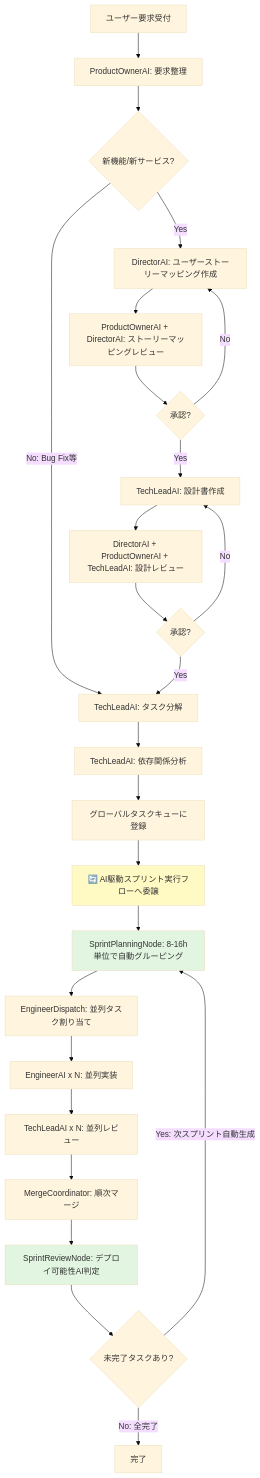
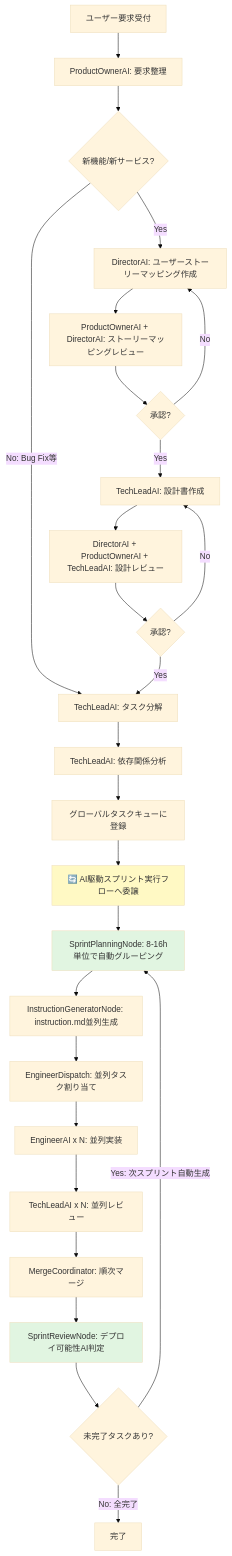
One commit to titabash/kugutsu changed the first of 2 diagrams in spec/SCRUM_WORKFLOW_SPECIFICATION.md. Above: the diagram before and after it, drawn with Mermaid (base theme). The commit also changed other lines of this file and 43 other files, not shown here.

````diff
--- a/spec/SCRUM_WORKFLOW_SPECIFICATION.md
+++ b/spec/SCRUM_WORKFLOW_SPECIFICATION.md
@@ -68,38 +68,39 @@
 ```mermaid
 graph TD
     Start[ユーザー要求受付] --> PO_Analyze[ProductOwnerAI: 要求整理]
 
     PO_Analyze --> Decision1{新機能/新サービス?}
     Decision1 -->|Yes| Dir_StoryMap[DirectorAI: ユーザーストーリーマッピング作成]
     Decision1 -->|No: Bug Fix等| TL_TaskBreakdown[TechLeadAI: タスク分解]
 
     Dir_StoryMap --> Review_StoryMap[ProductOwnerAI + DirectorAI: ストーリーマッピングレビュー]
     Review_StoryMap --> Decision2{承認?}
     Decision2 -->|No| Dir_StoryMap
     Decision2 -->|Yes| TL_Design[TechLeadAI: 設計書作成]
 
     TL_Design --> Review_Design[DirectorAI + ProductOwnerAI + TechLeadAI: 設計レビュー]
     Review_Design --> Decision3{承認?}
     Decision3 -->|No| TL_Design
     Decision3 -->|Yes| TL_TaskBreakdown
 
     TL_TaskBreakdown --> TL_Dependency[TechLeadAI: 依存関係分析]
     TL_Dependency --> GlobalQueue[グローバルタスクキューに登録]
 
     GlobalQueue --> SprintDriven[🔄 AI駆動スプリント実行フローへ委譲]
 
     SprintDriven --> SprintPlanning[SprintPlanningNode: 8-16h単位で自動グルーピング]
-    SprintPlanning --> Engineer_Dispatch[EngineerDispatch: 並列タスク割り当て]
+    SprintPlanning --> InstructionGen[InstructionGeneratorNode: instruction.md並列生成]
+    InstructionGen --> Engineer_Dispatch[EngineerDispatch: 並列タスク割り当て]
     Engineer_Dispatch --> Engineer_Impl[EngineerAI x N: 並列実装]
     Engineer_Impl --> Review_Code[TechLeadAI x N: 並列レビュー]
     Review_Code --> Merge[MergeCoordinator: 順次マージ]
     Merge --> SprintReview[SprintReviewNode: デプロイ可能性AI判定]
 
     SprintReview --> Decision4{未完了タスクあり?}
     Decision4 -->|Yes: 次スプリント自動生成| SprintPlanning
     Decision4 -->|No: 全完了| End[完了]
 
     style SprintDriven fill:#fff9c4
     style SprintPlanning fill:#e1f5e1
     style SprintReview fill:#e1f5e1
 ```
````
